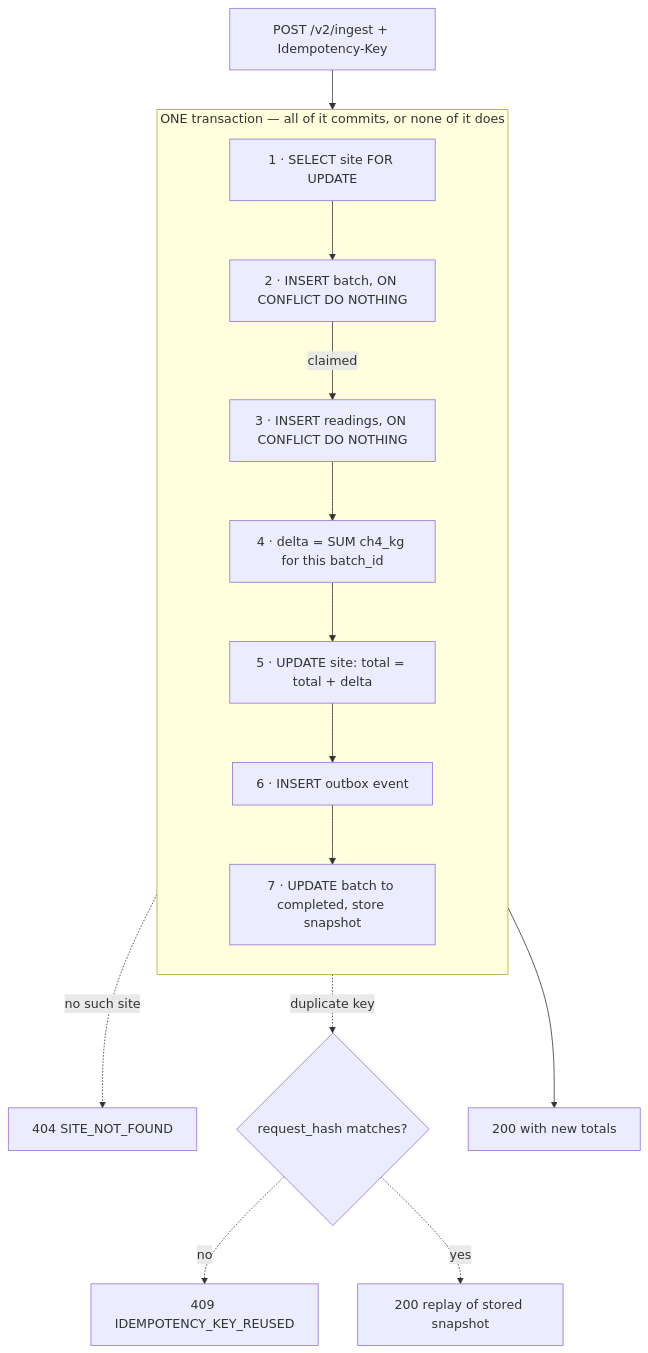
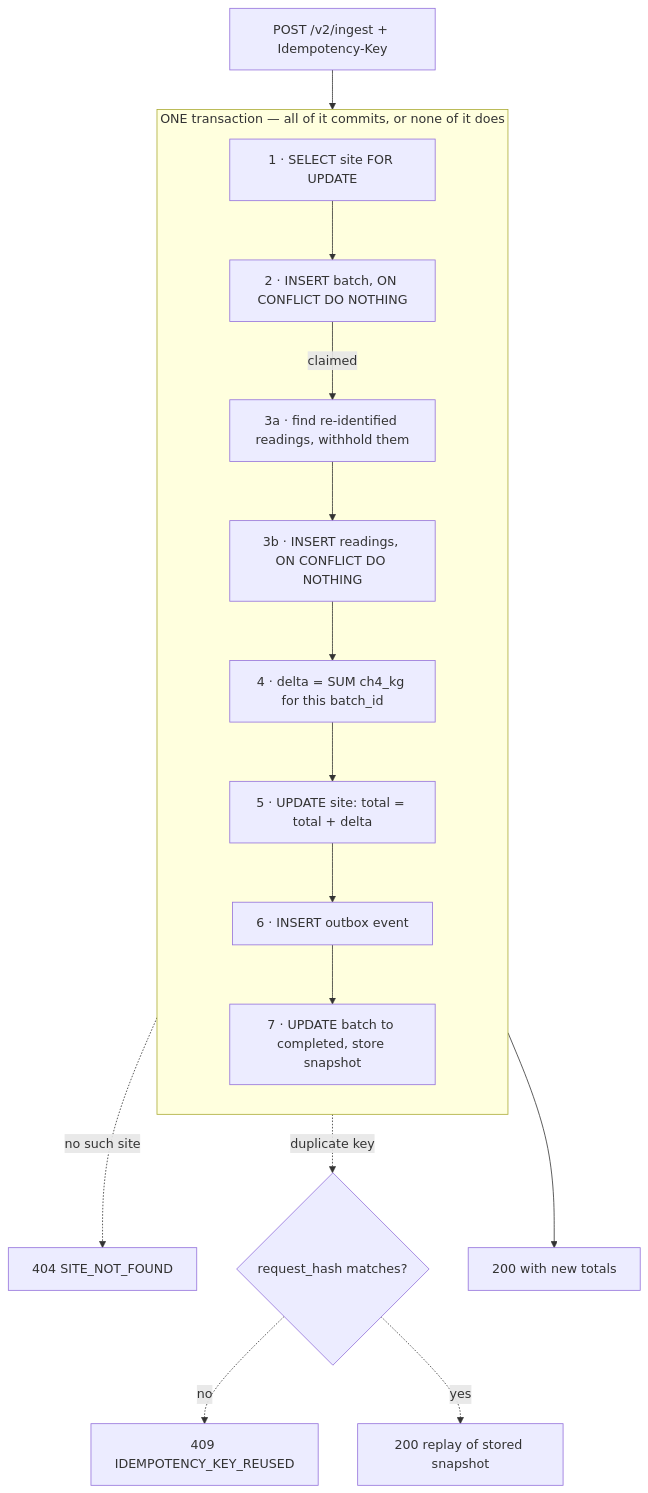
The third of 3 diagrams in ARCHITECTURE.md (luigiv12/hw-project), drawn with Mermaid before and after one commit. The commit also changed other lines of this file and 7 other files, not shown here.

````diff
--- a/ARCHITECTURE.md
+++ b/ARCHITECTURE.md
@@ -206,25 +206,26 @@
 ```mermaid
 flowchart TD
     REQ["POST /v2/ingest + Idempotency-Key"] --> LOCK
 
     subgraph TX["ONE transaction — all of it commits, or none of it does"]
         direction TB
         LOCK["1 · SELECT site FOR UPDATE"]
         CLAIM["2 · INSERT batch, ON CONFLICT DO NOTHING"]
-        INS["3 · INSERT readings, ON CONFLICT DO NOTHING"]
+        REID["3a · find re-identified readings, withhold them"]
+        INS["3b · INSERT readings, ON CONFLICT DO NOTHING"]
         DELTA["4 · delta = SUM ch4_kg for this batch_id"]
         UPD["5 · UPDATE site: total = total + delta"]
         OBX["6 · INSERT outbox event"]
         FIN["7 · UPDATE batch to completed, store snapshot"]
 
         LOCK --> CLAIM
-        CLAIM -->|claimed| INS
-        INS --> DELTA --> UPD --> OBX --> FIN
+        CLAIM -->|claimed| REID
+        REID --> INS --> DELTA --> UPD --> OBX --> FIN
     end
 
     LOCK -.->|no such site| E404["404 SITE_NOT_FOUND"]
     CLAIM -.->|duplicate key| DUP{"request_hash matches?"}
     DUP -.->|no| E409["409 IDEMPOTENCY_KEY_REUSED"]
     DUP -.->|yes| REPLAY["200 replay of stored snapshot"]
     FIN --> OK["200 with new totals"]
 ```
````
